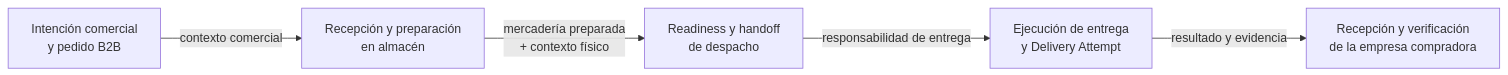
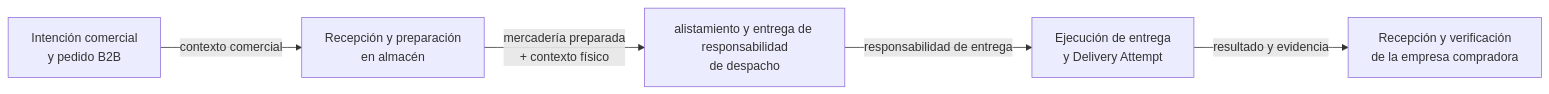
One commit to nexa-suite/mobile-report changed the first of 4 diagrams in report/01-presentation/1.2-solution-profile/1.2.1-background-and-problem.md. Above: the diagram before and after it, drawn with Mermaid. The commit also changed other lines of this file and 65 other files, not shown here.

````diff
--- a/report/01-presentation/1.2-solution-profile/1.2.1-background-and-problem.md
+++ b/report/01-presentation/1.2-solution-profile/1.2.1-background-and-problem.md
@@ -38,13 +38,13 @@
 ```mermaid
 flowchart LR
     A["Intención comercial<br/>y pedido B2B"]
     B["Recepción y preparación<br/>en almacén"]
-    C["Readiness y handoff<br/>de despacho"]
+    C["alistamiento y entrega de responsabilidad<br/>de despacho"]
     D["Ejecución de entrega<br/>y Delivery Attempt"]
     E["Recepción y verificación<br/>de la empresa compradora"]
 
     A -->|"contexto comercial"| B
     B -->|"mercadería preparada<br/>+ contexto físico"| C
     C -->|"responsabilidad de entrega"| D
     D -->|"resultado y evidencia"| E
 ```
````
